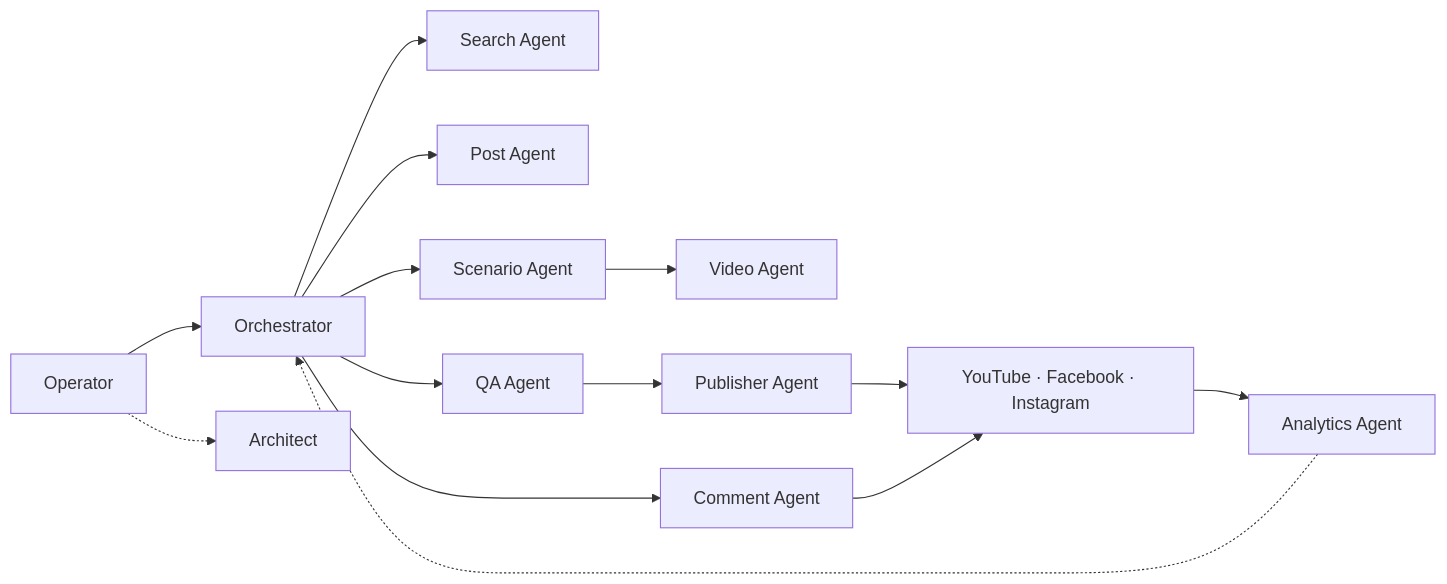
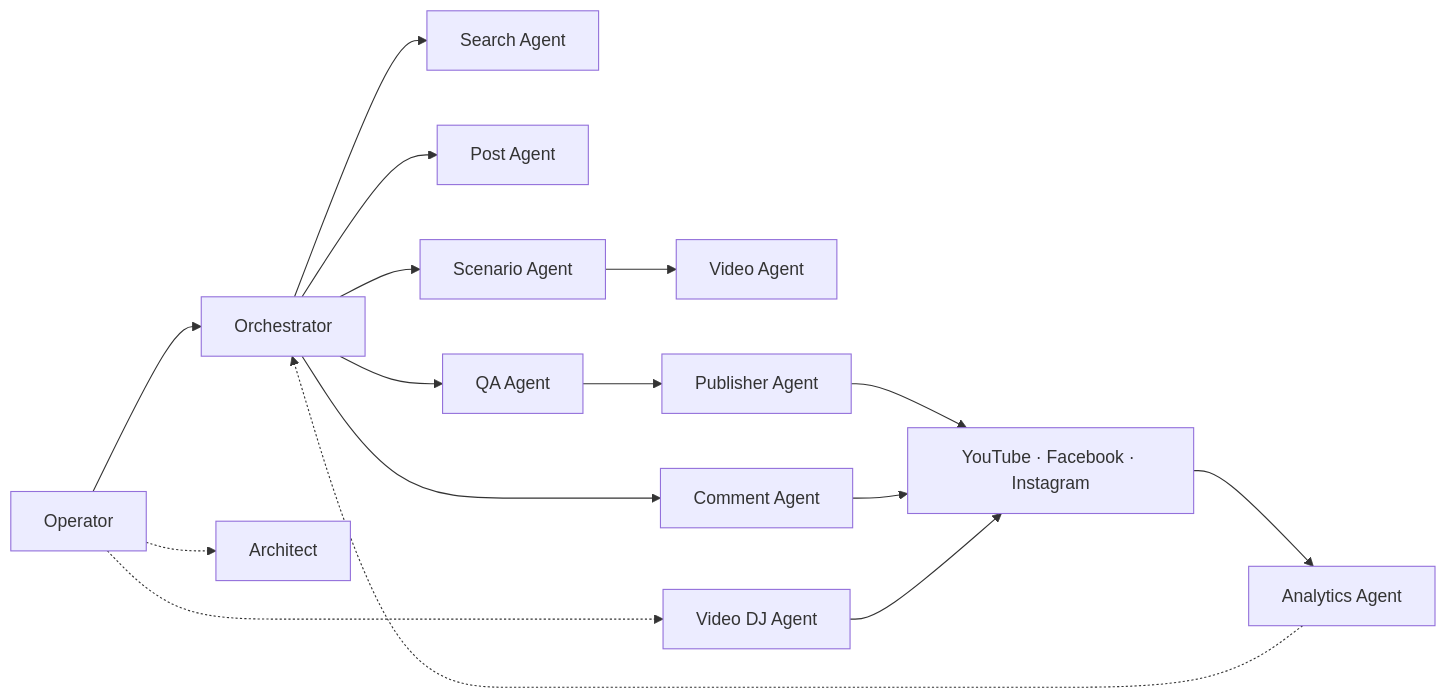
Before and after one commit to mediaops-platform/.github: the diagram in profile/README.md, drawn with Mermaid. The commit also changed other lines of this file, not shown here.

Commit message:
docs(profile): v0.3.0 — Video DJ Agent + publish-now (release entry, roster, diagram, features, maturity)

````diff
--- a/profile/README.md
+++ b/profile/README.md
@@ -216,16 +216,18 @@
 ```mermaid
 flowchart LR
     Operator["Operator"] --> Orchestrator["Orchestrator"]
     Operator -.-> Architect["Architect"]
     Orchestrator --> Search["Search Agent"]
     Orchestrator --> Post["Post Agent"]
     Orchestrator --> Scenario["Scenario Agent"]
     Scenario --> Video["Video Agent"]
     Orchestrator --> QA["QA Agent"]
     QA --> Publisher["Publisher Agent"]
     Publisher --> Platforms["YouTube · Facebook · Instagram"]
     Orchestrator --> Comment["Comment Agent"]
     Comment --> Platforms
     Platforms --> Analytics["Analytics Agent"]
     Analytics -.-> Orchestrator
+    Operator -.-> VideoDJ["Video DJ Agent"]
+    VideoDJ --> Platforms
 ```
````
